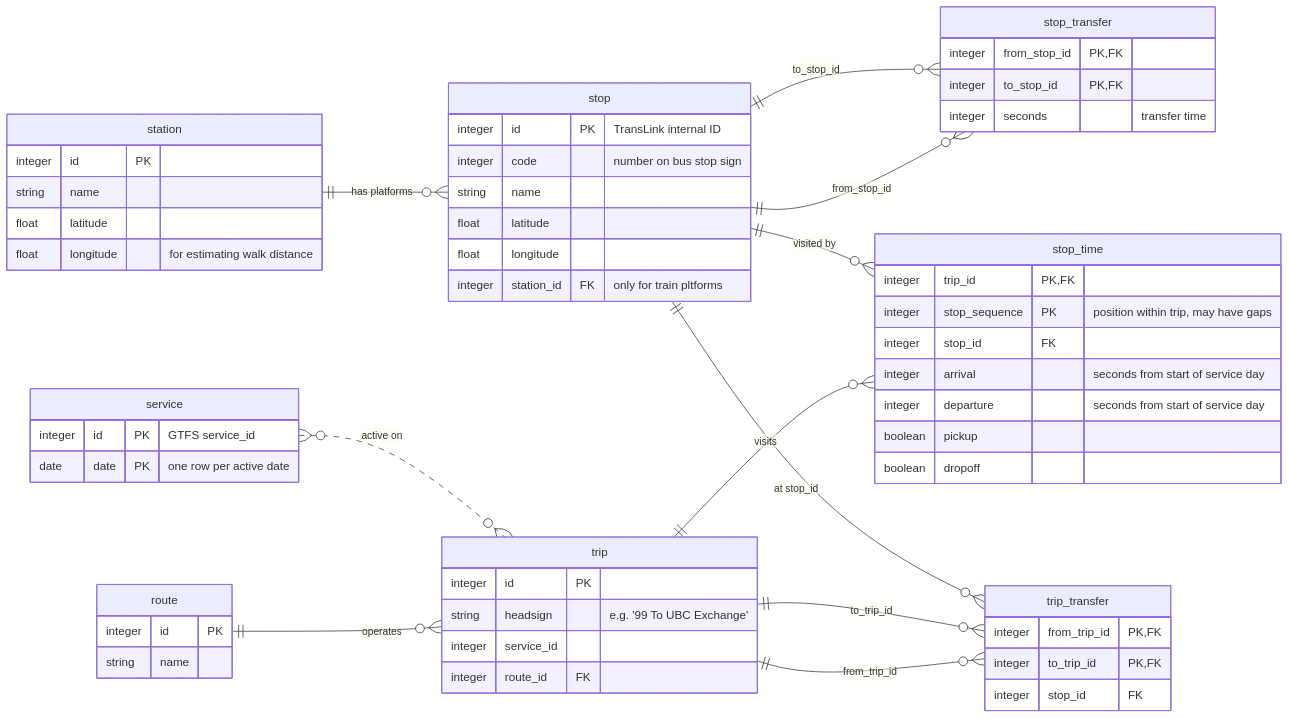
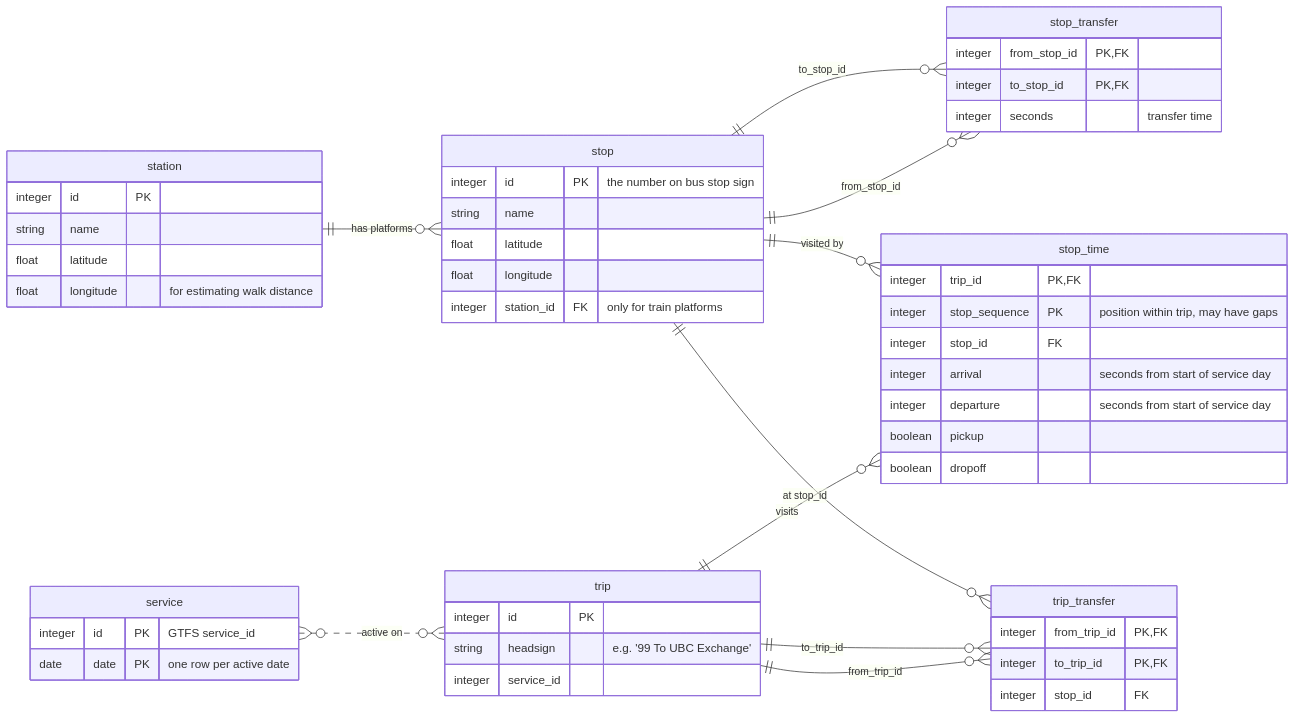
Before and after one commit to ironiot/otp-dt: the diagram in elixir/database/ERD.md, drawn with Mermaid. The commit also changed 16 other files, not shown here.

````diff
--- a/elixir/database/ERD.md
+++ b/elixir/database/ERD.md
@@ -3,69 +3,61 @@
 ```mermaid
 erDiagram
 	direction LR
 	station {
 		integer id PK ""
 		string name  ""
 		float latitude
 		float longitude  "for estimating walk distance"
 	}
 
 	stop {
-		integer id PK "TransLink internal ID"
-		integer code  "number on bus stop sign"
+		integer id PK "the number on bus stop sign"
 		string name  ""
 		float latitude
 		float longitude
-		integer station_id FK "only for train pltforms"
-	}
-
-	route {
-		integer id PK ""
-		string name  ""
+		integer station_id FK "only for train platforms"
 	}
 
 	service {
 		integer id PK "GTFS service_id"
 		date date PK "one row per active date"
 	}
 
 	trip {
 		integer id PK ""
 		string headsign  "e.g. '99 To UBC Exchange'"
 		integer service_id  ""
-		integer route_id FK ""
 	}
 
 	stop_time {
 		integer trip_id PK,FK ""
 		integer stop_sequence PK "position within trip, may have gaps"
 		integer stop_id FK ""
 		integer arrival  "seconds from start of service day"
 		integer departure  "seconds from start of service day"
 		boolean pickup  ""
 		boolean dropoff  ""
 	}
 
 	stop_transfer {
 		integer from_stop_id PK,FK ""
 		integer to_stop_id PK,FK ""
 		integer seconds  "transfer time"
 	}
 
 	trip_transfer {
 		integer from_trip_id PK,FK ""
 		integer to_trip_id PK,FK ""
 		integer stop_id FK
 	}
 
 	station||--o{stop:"has platforms"
-	route||--o{trip:"operates"
 	service}o..o{trip:"active on"
 	trip||--o{stop_time:"visits"
 	stop||--o{stop_time:"visited by"
 	stop||--o{stop_transfer:"from_stop_id"
 	stop||--o{stop_transfer:"to_stop_id"
 	trip||--o{trip_transfer:"from_trip_id"
 	trip||--o{trip_transfer:"to_trip_id"
 	stop||--o{trip_transfer:"at stop_id"
 ```
````
